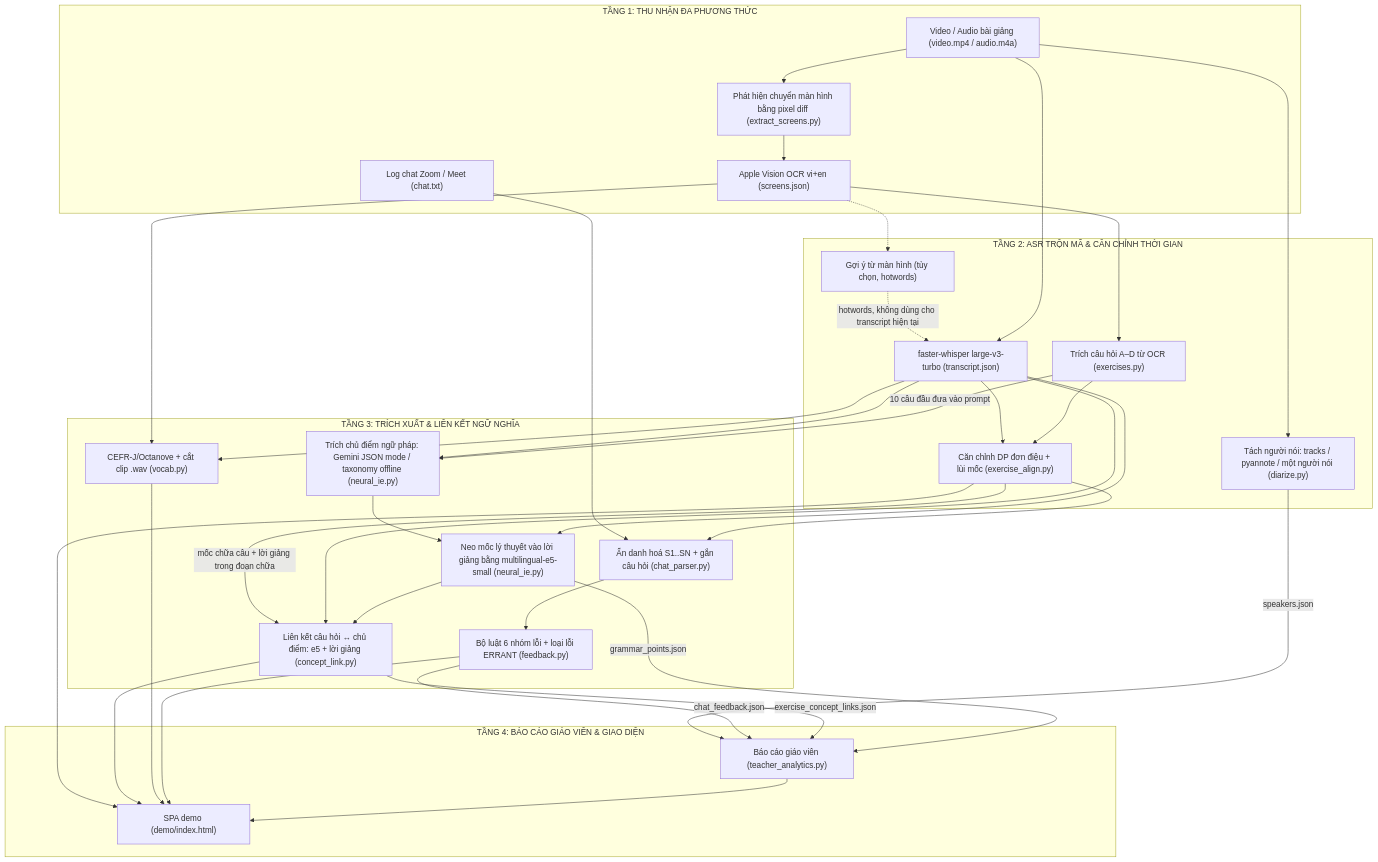
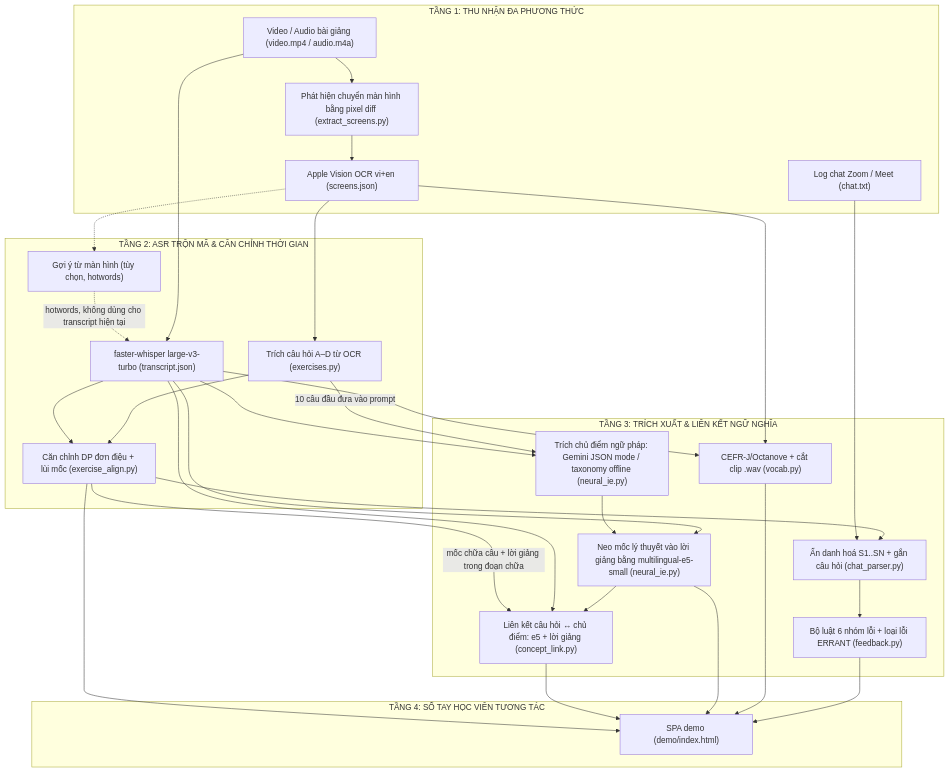
The diagram in docs/02_nlp_architecture_and_literature.md (CelesEclipse/NLP501_edusync_mvp), drawn with Mermaid before and after one commit. The commit also changed other lines of this file and 50 other files, not shown here.

````diff
--- a/docs/02_nlp_architecture_and_literature.md
+++ b/docs/02_nlp_architecture_and_literature.md
@@ -45,59 +45,52 @@
 ```mermaid
 flowchart TD
     subgraph T1["TẦNG 1: THU NHẬN ĐA PHƯƠNG THỨC"]
         Video["Video / Audio bài giảng (video.mp4 / audio.m4a)"]
         SceneDiff["Phát hiện chuyển màn hình bằng pixel diff (extract_screens.py)"]
         OCR["Apple Vision OCR vi+en (screens.json)"]
         ChatRaw["Log chat Zoom / Meet (chat.txt)"]
         Video --> SceneDiff --> OCR
     end
 
     subgraph T2["TẦNG 2: ASR TRỘN MÃ & CĂN CHỈNH THỜI GIAN"]
         ScreenHints["Gợi ý từ màn hình (tùy chọn, hotwords)"]
         Whisper["faster-whisper large-v3-turbo (transcript.json)"]
-        Diarize["Tách người nói: tracks / pyannote / một người nói (diarize.py)"]
         ExerciseParser["Trích câu hỏi A–D từ OCR (exercises.py)"]
         MonotonicDP["Căn chỉnh DP đơn điệu + lùi mốc (exercise_align.py)"]
         OCR -.-> ScreenHints
         ScreenHints -.->|hotwords, không dùng cho transcript hiện tại| Whisper
         Video --> Whisper
-        Video --> Diarize
         OCR --> ExerciseParser
         Whisper --> MonotonicDP
         ExerciseParser --> MonotonicDP
     end
 
     subgraph T3["TẦNG 3: TRÍCH XUẤT & LIÊN KẾT NGỮ NGHĨA"]
         NeuralIE["Trích chủ điểm ngữ pháp: Gemini JSON mode / taxonomy offline (neural_ie.py)"]
         Grounding["Neo mốc lý thuyết vào lời giảng bằng multilingual-e5-small (neural_ie.py)"]
         DenseEmb["Liên kết câu hỏi ↔ chủ điểm: e5 + lời giảng (concept_link.py)"]
         LexicalProfiler["CEFR-J/Octanove + cắt clip .wav (vocab.py)"]
         ChatParse["Ẩn danh hoá S1..SN + gắn câu hỏi (chat_parser.py)"]
         GEC["Bộ luật 6 nhóm lỗi + loại lỗi ERRANT (feedback.py)"]
         Whisper --> NeuralIE --> Grounding
         ExerciseParser -->|10 câu đầu đưa vào prompt| NeuralIE
         Whisper --> Grounding
         MonotonicDP -->|mốc chữa câu + lời giảng trong đoạn chữa| DenseEmb
         Whisper --> DenseEmb
         Grounding --> DenseEmb
         Whisper --> LexicalProfiler
         OCR --> LexicalProfiler
         ChatRaw --> ChatParse
         MonotonicDP --> ChatParse
         ChatParse --> GEC
     end
 
-    subgraph T4["TẦNG 4: BÁO CÁO GIÁO VIÊN & GIAO DIỆN"]
-        TeacherAnalytics["Báo cáo giáo viên (teacher_analytics.py)"]
+    subgraph T4["TẦNG 4: SỔ TAY HỌC VIÊN TƯƠNG TÁC"]
         WebDemo["SPA demo (demo/index.html)"]
-        Diarize -->|speakers.json| TeacherAnalytics
-        GEC -->|chat_feedback.json| TeacherAnalytics
-        DenseEmb -->|exercise_concept_links.json| TeacherAnalytics
-        Grounding -->|grammar_points.json| TeacherAnalytics
         MonotonicDP --> WebDemo
         DenseEmb --> WebDemo
+        Grounding --> WebDemo
         LexicalProfiler --> WebDemo
         GEC --> WebDemo
-        TeacherAnalytics --> WebDemo
     end
 ```
````
